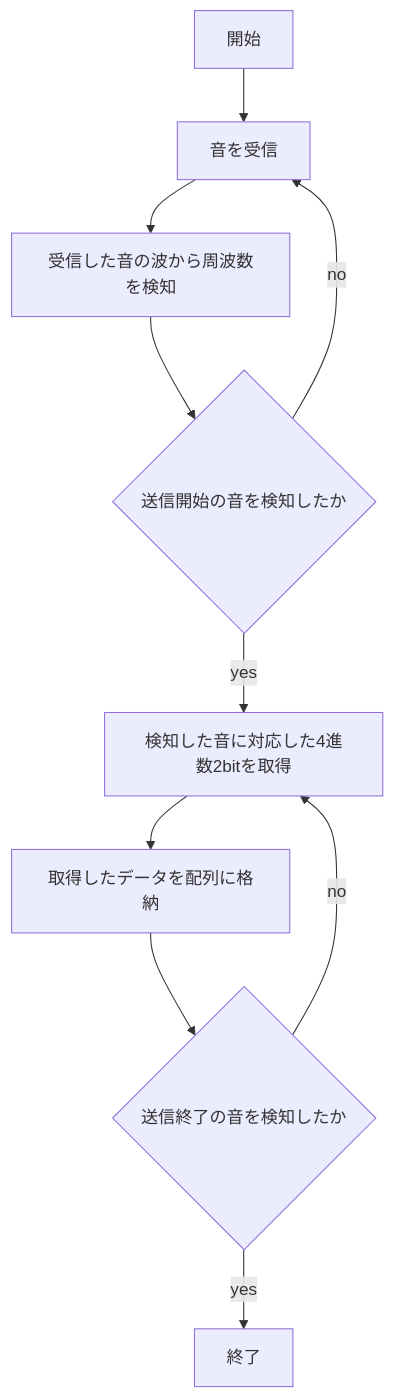
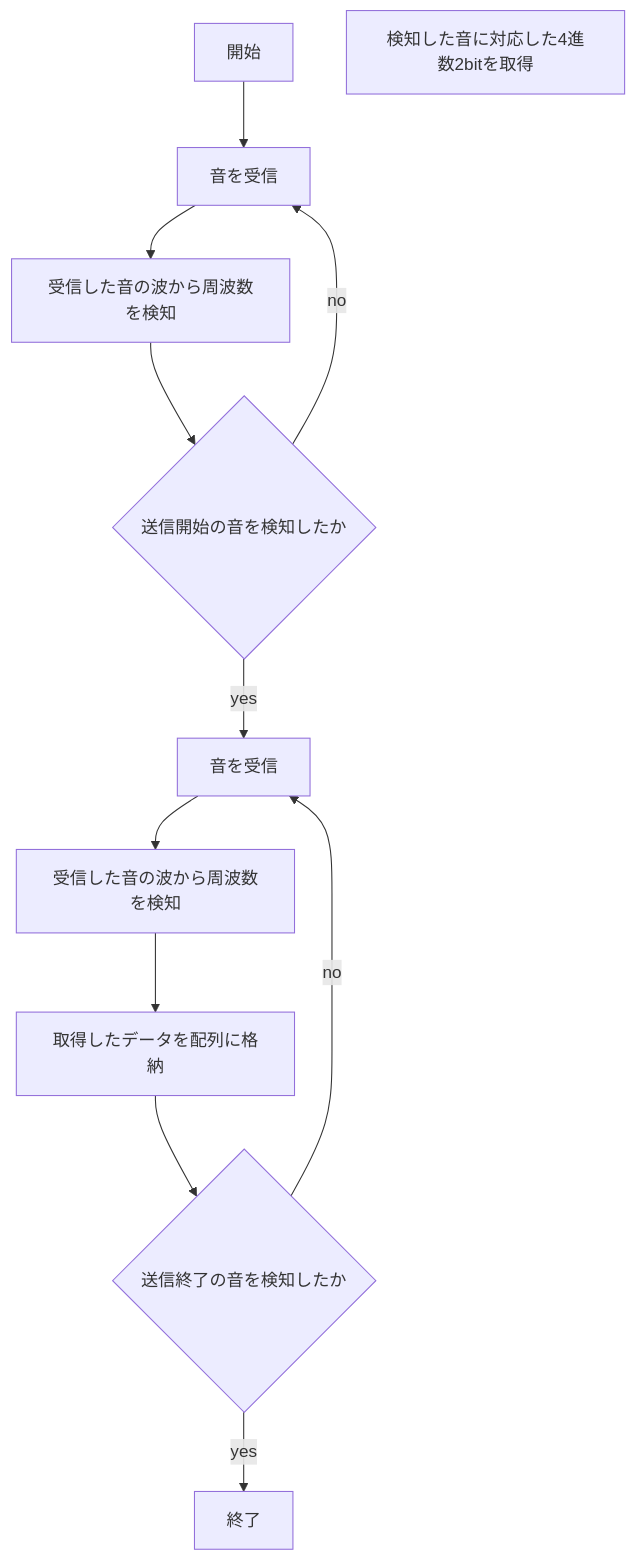
The first of 6 diagrams in README.md (kanayuu0404/hakkason), drawn with Mermaid before and after one commit.

Commit message:
音受信フロチャloop修正

````diff
--- a/README.md
+++ b/README.md
@@ -3,22 +3,25 @@
 ```mermaid
 flowchart TD;
 
 start["開始"];
 end1["終了"]
 jyusinn["音を受信"]
+jyusinn2["音を受信"]
 syuuha["受信した音の波から周波数を検知"]
+syuuha2["受信した音の波から周波数を検知"]
 if1{"送信開始の音を検知したか"}
-yes1["検知した音に対応した4進数2bitを取得"]
+syutoku["検知した音に対応した4進数2bitを取得"]
 kakuno["取得したデータを配列に格納"]
 if2{"送信終了の音を検知したか"}
 
 start --> jyusinn
 jyusinn --> syuuha
 syuuha --> if1
-if1 -->|yes| yes1
+if1 -->|yes| jyusinn2
 if1 -->|no| jyusinn
-yes1 --> kakuno
+jyusinn2 --> syuuha2
+syuuha2 --> kakuno
 kakuno --> if2
 if2 -->|yes| end1
-if2 -->|no| yes1
+if2 -->|no| jyusinn2
 ```
````
